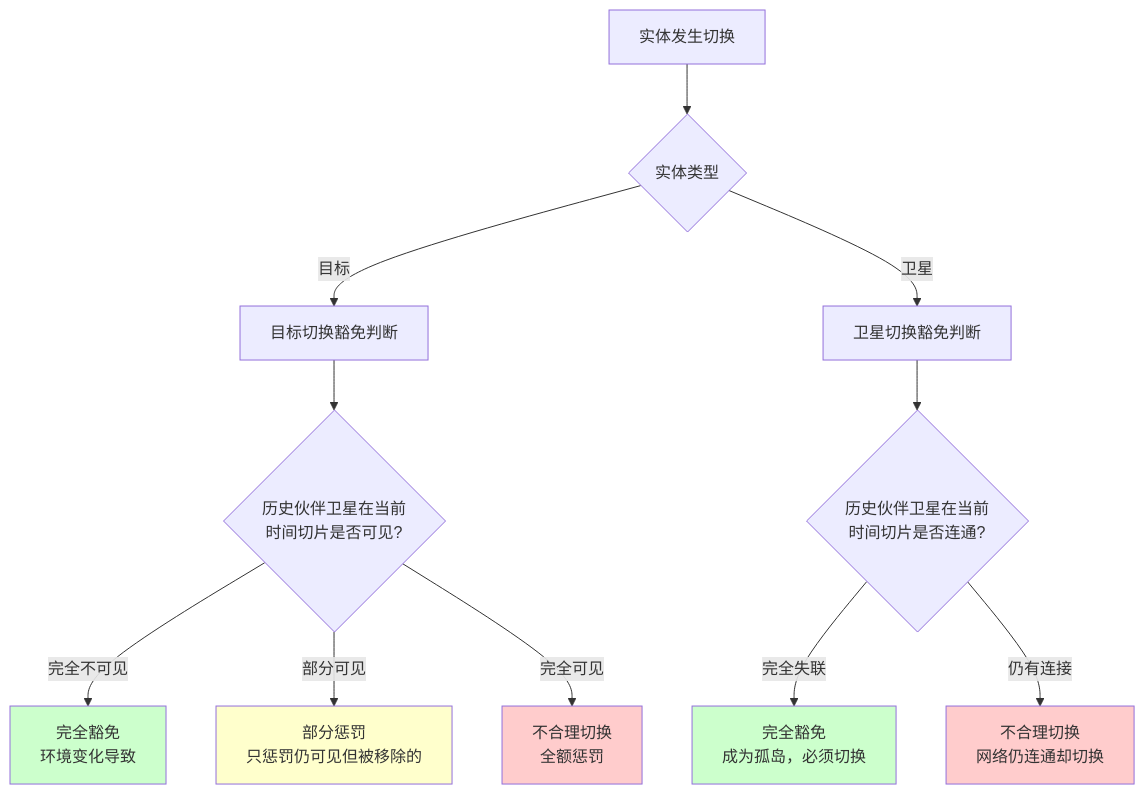
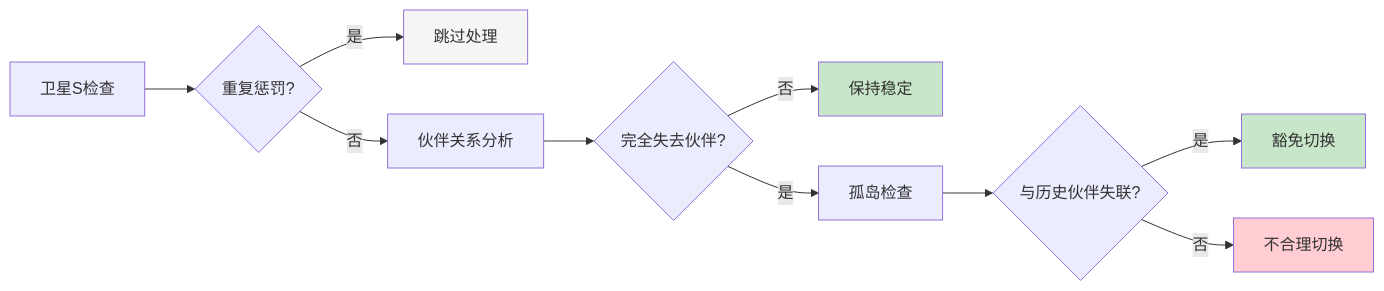
Diagram 11 of 30 in distill/VALIDATION_REPORT.md (sneiiler/stk_gen), drawn with Mermaid before and after one commit. The commit also changed other lines of this file, not shown here.

````diff
--- a/distill/VALIDATION_REPORT.md
+++ b/distill/VALIDATION_REPORT.md
@@ -343,21 +432,17 @@
 ```mermaid
-flowchart TD
-    A[实体发生切换] --> B{实体类型}
-    B -->|目标| C[目标切换豁免判断]
-    B -->|卫星| D[卫星切换豁免判断]
+flowchart LR
+    A[卫星S检查] --> B{重复惩罚?}
+    B -->|是| C[跳过处理]
+    B -->|否| D[伙伴关系分析]
+    D --> E{完全失去伙伴?}
+    E -->|否| F[保持稳定]
+    E -->|是| G[孤岛检查]
+    G --> H{与历史伙伴失联?}
+    H -->|是| I[豁免切换]
+    H -->|否| J[不合理切换]
     
-    C --> E{历史伙伴卫星在当前<br/>时间切片是否可见?}
-    E -->|完全不可见| F[完全豁免<br/>环境变化导致]
-    E -->|部分可见| G[部分惩罚<br/>只惩罚仍可见但被移除的]
-    E -->|完全可见| H[不合理切换<br/>全额惩罚]
-    
-    D --> I{历史伙伴卫星在当前<br/>时间切片是否连通?}
-    I -->|完全失联| J[完全豁免<br/>成为孤岛，必须切换]
-    I -->|仍有连接| K[不合理切换<br/>网络仍连通却切换]
-    
-    style F fill:#ccffcc
-    style G fill:#ffffcc
-    style H fill:#ffcccc
-    style J fill:#ccffcc
-    style K fill:#ffcccc
+    style C fill:#f5f5f5
+    style F fill:#c8e6c9
+    style I fill:#c8e6c9
+    style J fill:#ffcdd2
 ```
````
